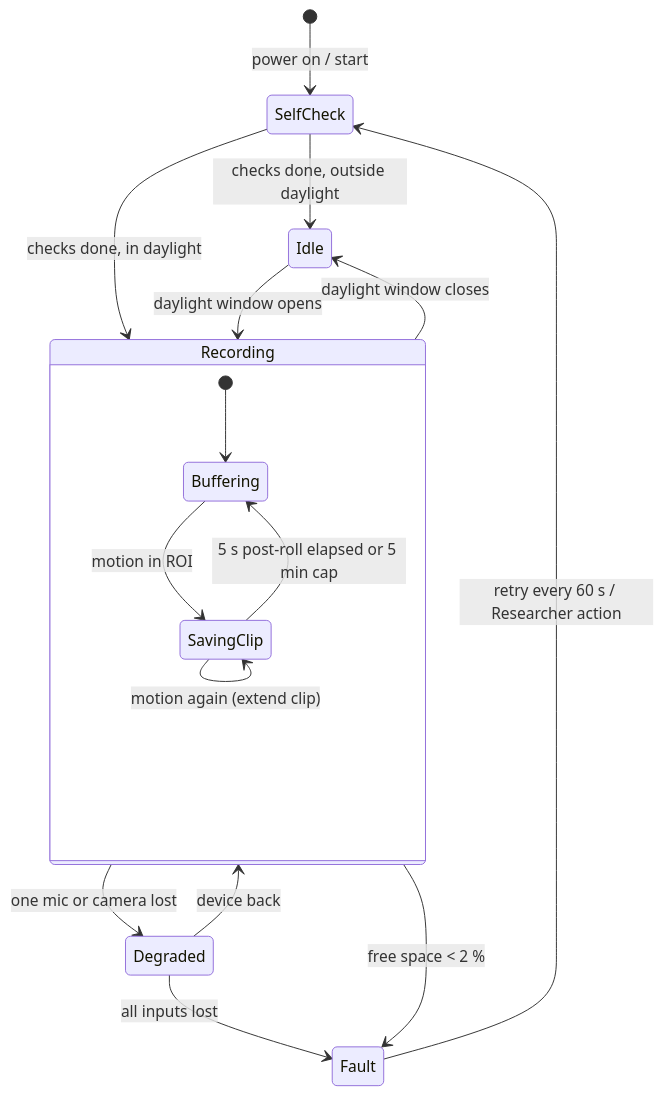
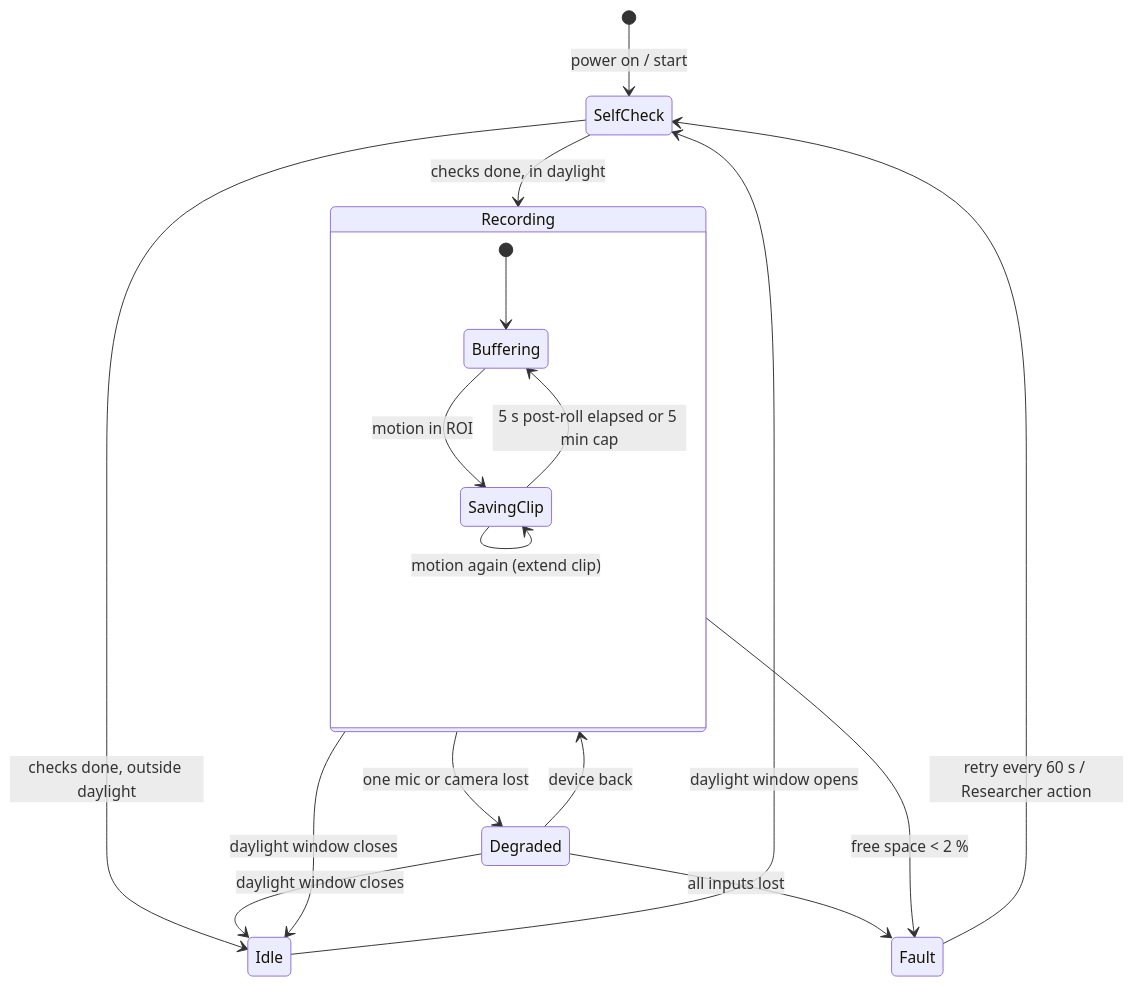
The diagram in docs/architecture/diagrams/capture-rig/04-state.md (benoit-bremaud/aristech), drawn with Mermaid before and after one commit. The commit also changed other lines of this file and 1 other file, not shown here.

Commit message:
docs(capture-rig): rotate on audio segments and let Degraded follow the daylight window

````diff
--- a/docs/architecture/diagrams/capture-rig/04-state.md
+++ b/docs/architecture/diagrams/capture-rig/04-state.md
@@ -7,21 +7,22 @@
 ```mermaid
 stateDiagram-v2
     [*] --> SelfCheck: power on / start
     SelfCheck --> Idle: checks done, outside daylight
     SelfCheck --> Recording: checks done, in daylight
-    Idle --> Recording: daylight window opens
+    Idle --> SelfCheck: daylight window opens
     Recording --> Idle: daylight window closes
 
     state Recording {
         [*] --> Buffering
         Buffering --> SavingClip: motion in ROI
         SavingClip --> SavingClip: motion again (extend clip)
         SavingClip --> Buffering: 5 s post-roll elapsed or 5 min cap
     }
 
     Recording --> Degraded: one mic or camera lost
     Degraded --> Recording: device back
+    Degraded --> Idle: daylight window closes
     Degraded --> Fault: all inputs lost
     Recording --> Fault: free space < 2 %
     Fault --> SelfCheck: retry every 60 s / Researcher action
 ```
````
